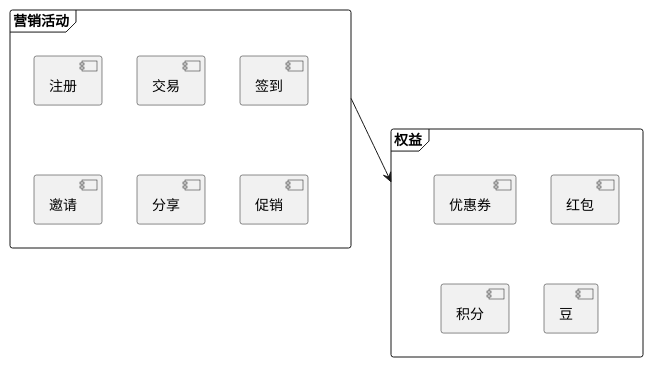
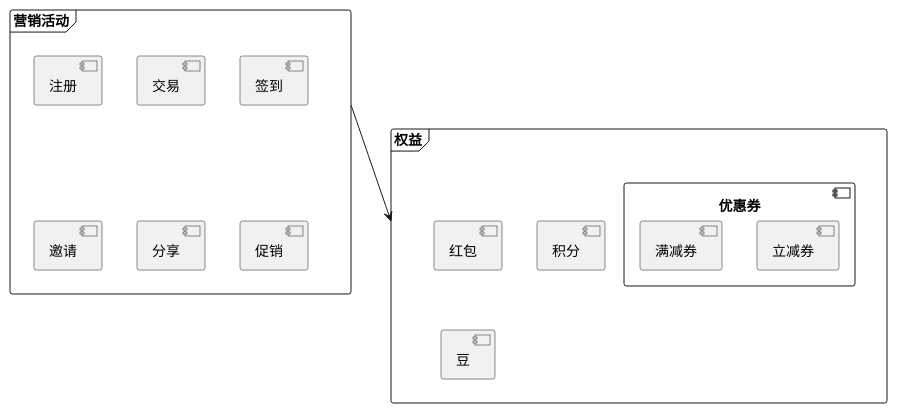
The diagram in assets/plantuml/marketing.md (Wang-Ray/Wang-Ray.github.io), drawn with PlantUML before and after one commit.

````diff
--- a/assets/plantuml/marketing.md
+++ b/assets/plantuml/marketing.md
@@ -1,20 +1,23 @@
 ```plantuml
 @startuml
 frame 营销活动 {
     component 注册
     component 交易
     component 签到
     component 邀请
     component 分享
     component 促销
 }
 frame 权益 {
-    component 优惠券
+    component 优惠券 {
+        component 立减券
+        component 满减券
+    }
     component 红包
     component 积分
     component 豆
 }
 营销活动 --> 权益
 
 @enduml
 ```
````
